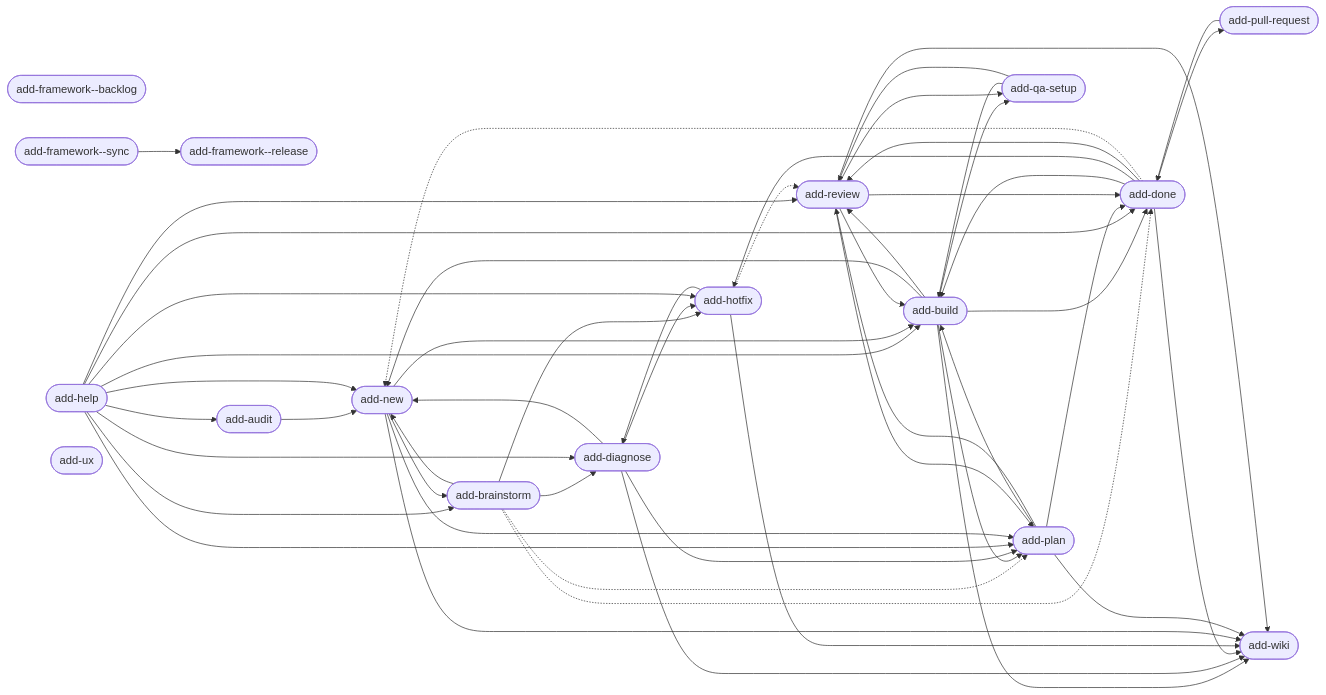
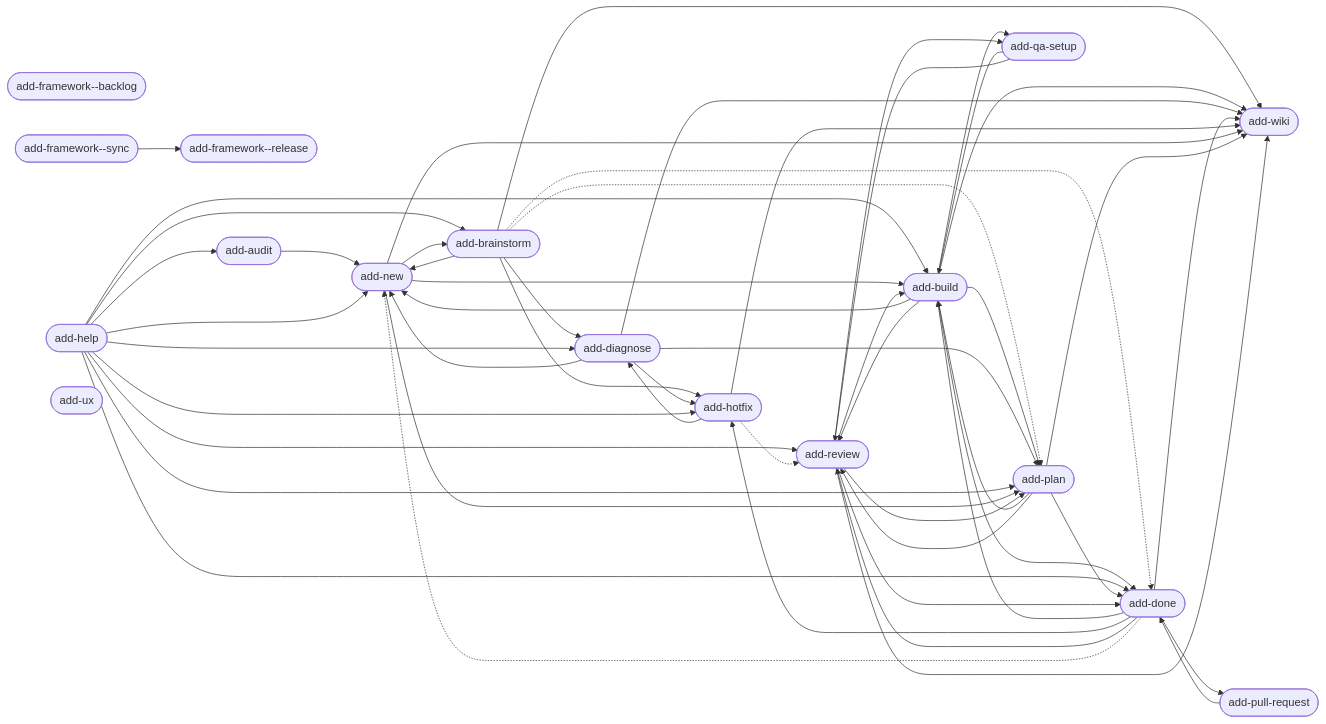
The diagram in web/public/artefact-graph.mmd (brabos-ai/code-addiction), drawn with Mermaid before and after one commit.

Commit message:
docs(0064B): regenerate the docs graph diagram for the add-brainstorm to add-wiki edge

```diff
--- a/web/public/artefact-graph.mmd
+++ b/web/public/artefact-graph.mmd
@@ -1,69 +1,70 @@
 flowchart LR
     n_internal_command_add_framework__backlog(["add-framework--backlog"])
     n_internal_command_add_framework__release(["add-framework--release"])
     n_internal_command_add_framework__sync(["add-framework--sync"])
     n_product_command_add_audit(["add-audit"])
     n_product_command_add_brainstorm(["add-brainstorm"])
     n_product_command_add_build(["add-build"])
     n_product_command_add_diagnose(["add-diagnose"])
     n_product_command_add_done(["add-done"])
     n_product_command_add_help(["add-help"])
     n_product_command_add_hotfix(["add-hotfix"])
     n_product_command_add_new(["add-new"])
     n_product_command_add_plan(["add-plan"])
     n_product_command_add_pull_request(["add-pull-request"])
     n_product_command_add_qa_setup(["add-qa-setup"])
     n_product_command_add_review(["add-review"])
     n_product_command_add_ux(["add-ux"])
     n_product_command_add_wiki(["add-wiki"])
     n_internal_command_add_framework__sync --> n_internal_command_add_framework__release
     n_product_command_add_audit --> n_product_command_add_new
     n_product_command_add_brainstorm --> n_product_command_add_diagnose
     n_product_command_add_brainstorm --> n_product_command_add_hotfix
     n_product_command_add_brainstorm --> n_product_command_add_new
+    n_product_command_add_brainstorm --> n_product_command_add_wiki
     n_product_command_add_brainstorm -.-> n_product_command_add_done
     n_product_command_add_brainstorm -.-> n_product_command_add_plan
     n_product_command_add_build --> n_product_command_add_done
     n_product_command_add_build --> n_product_command_add_new
     n_product_command_add_build --> n_product_command_add_plan
     n_product_command_add_build --> n_product_command_add_qa_setup
     n_product_command_add_build --> n_product_command_add_review
     n_product_command_add_build --> n_product_command_add_wiki
     n_product_command_add_diagnose --> n_product_command_add_hotfix
     n_product_command_add_diagnose --> n_product_command_add_new
     n_product_command_add_diagnose --> n_product_command_add_plan
     n_product_command_add_diagnose --> n_product_command_add_wiki
     n_product_command_add_done --> n_product_command_add_build
     n_product_command_add_done --> n_product_command_add_hotfix
     n_product_command_add_done --> n_product_command_add_pull_request
     n_product_command_add_done --> n_product_command_add_review
     n_product_command_add_done --> n_product_command_add_wiki
     n_product_command_add_done -.-> n_product_command_add_new
     n_product_command_add_help --> n_product_command_add_audit
     n_product_command_add_help --> n_product_command_add_brainstorm
     n_product_command_add_help --> n_product_command_add_build
     n_product_command_add_help --> n_product_command_add_diagnose
     n_product_command_add_help --> n_product_command_add_done
     n_product_command_add_help --> n_product_command_add_hotfix
     n_product_command_add_help --> n_product_command_add_new
     n_product_command_add_help --> n_product_command_add_plan
     n_product_command_add_help --> n_product_command_add_review
     n_product_command_add_hotfix --> n_product_command_add_diagnose
     n_product_command_add_hotfix --> n_product_command_add_wiki
     n_product_command_add_hotfix -.-> n_product_command_add_review
     n_product_command_add_new --> n_product_command_add_brainstorm
     n_product_command_add_new --> n_product_command_add_build
     n_product_command_add_new --> n_product_command_add_plan
     n_product_command_add_new --> n_product_command_add_wiki
     n_product_command_add_plan --> n_product_command_add_build
     n_product_command_add_plan --> n_product_command_add_done
     n_product_command_add_plan --> n_product_command_add_review
     n_product_command_add_plan --> n_product_command_add_wiki
     n_product_command_add_pull_request --> n_product_command_add_done
     n_product_command_add_qa_setup --> n_product_command_add_build
     n_product_command_add_qa_setup --> n_product_command_add_review
     n_product_command_add_review --> n_product_command_add_build
     n_product_command_add_review --> n_product_command_add_done
     n_product_command_add_review --> n_product_command_add_plan
     n_product_command_add_review --> n_product_command_add_qa_setup
     n_product_command_add_review --> n_product_command_add_wiki
```
